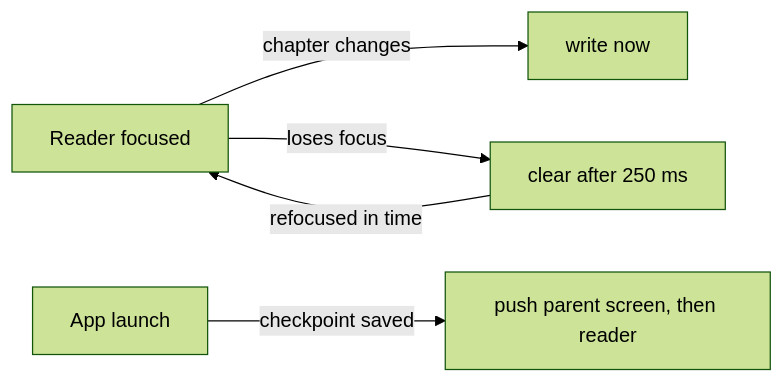
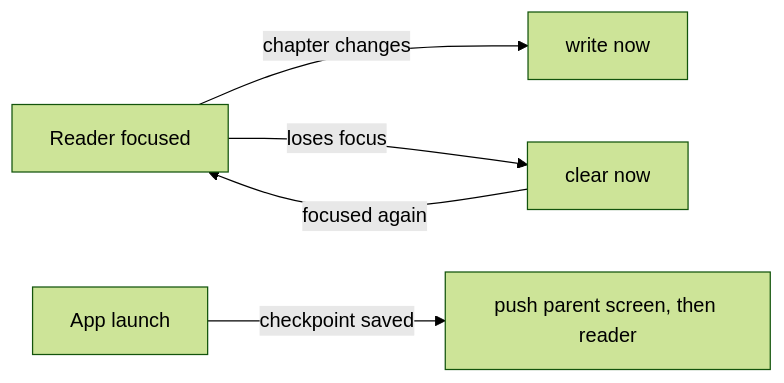
One commit to Bible-Translation-Tools/BIEL-mobile-app changed the diagram in docs/reading-checkpoint.md. Above: the diagram before and after it, drawn with Mermaid (forest theme). The commit also changed other lines of this file and 3 other files, not shown here.

First line of the commit message:
Clear the reading checkpoint as soon as the reader loses focus

````diff
--- a/docs/reading-checkpoint.md
+++ b/docs/reading-checkpoint.md
@@ -14,7 +14,7 @@
 ```mermaid
 flowchart LR
   Reader[Reader focused] -- chapter changes --> Save[write now]
-  Reader -- loses focus --> Clear[clear after 250 ms]
-  Clear -- refocused in time --> Reader
+  Reader -- loses focus --> Clear[clear now]
+  Clear -- focused again --> Reader
   Launch[App launch] -- checkpoint saved --> Restore[push parent screen, then reader]
 ```
````
